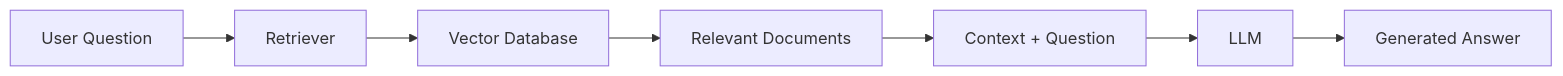
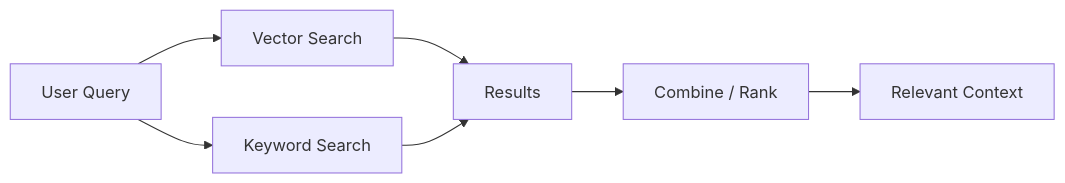
Before and after one commit to SubhasishElixor-HQ/Learn-RAG: the fifth of 9 diagrams in README.md, drawn with Mermaid. The commit also changed other lines of this file, not shown here.

````diff
--- a/README.md
+++ b/README.md
@@ -61,15 +540,14 @@
 ```mermaid
 flowchart LR
 
-    A[User Question] --> B[Retriever]
+A[User Query]
 
-    B --> C[Vector Database]
+A --> B[Vector Search]
+A --> C[Keyword Search]
 
-    C --> D[Relevant Documents]
+B --> D[Results]
+C --> D
 
-    D --> E[Context + Question]
-
-    E --> F[LLM]
-
-    F --> G[Generated Answer]
+D --> E[Combine / Rank]
+E --> F[Relevant Context]
 ```
````
